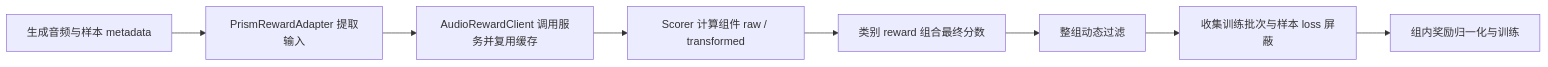
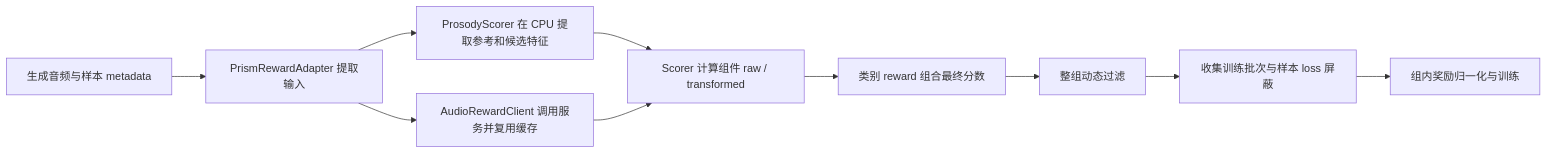
One commit to kaysonyu/slime changed the diagram in examples/prism/rewards/README.md. Above: the diagram before and after it, drawn with Mermaid. The commit also changed other lines of this file and 20 other files, not shown here.

````diff
--- a/examples/prism/rewards/README.md
+++ b/examples/prism/rewards/README.md
@@ -6,10 +6,12 @@
 ```mermaid
 flowchart LR
     A["生成音频与样本 metadata"] --> B["PrismRewardAdapter 提取输入"]
     B --> C["AudioRewardClient 调用服务并复用缓存"]
+    B --> P["ProsodyScorer 在 CPU 提取参考和候选特征"]
+    P --> D
     C --> D["Scorer 计算组件 raw / transformed"]
     D --> E["类别 reward 组合最终分数"]
     E --> F["整组动态过滤"]
     F --> G["收集训练批次与样本 loss 屏蔽"]
     G --> H["组内奖励归一化与训练"]
 ```
````
